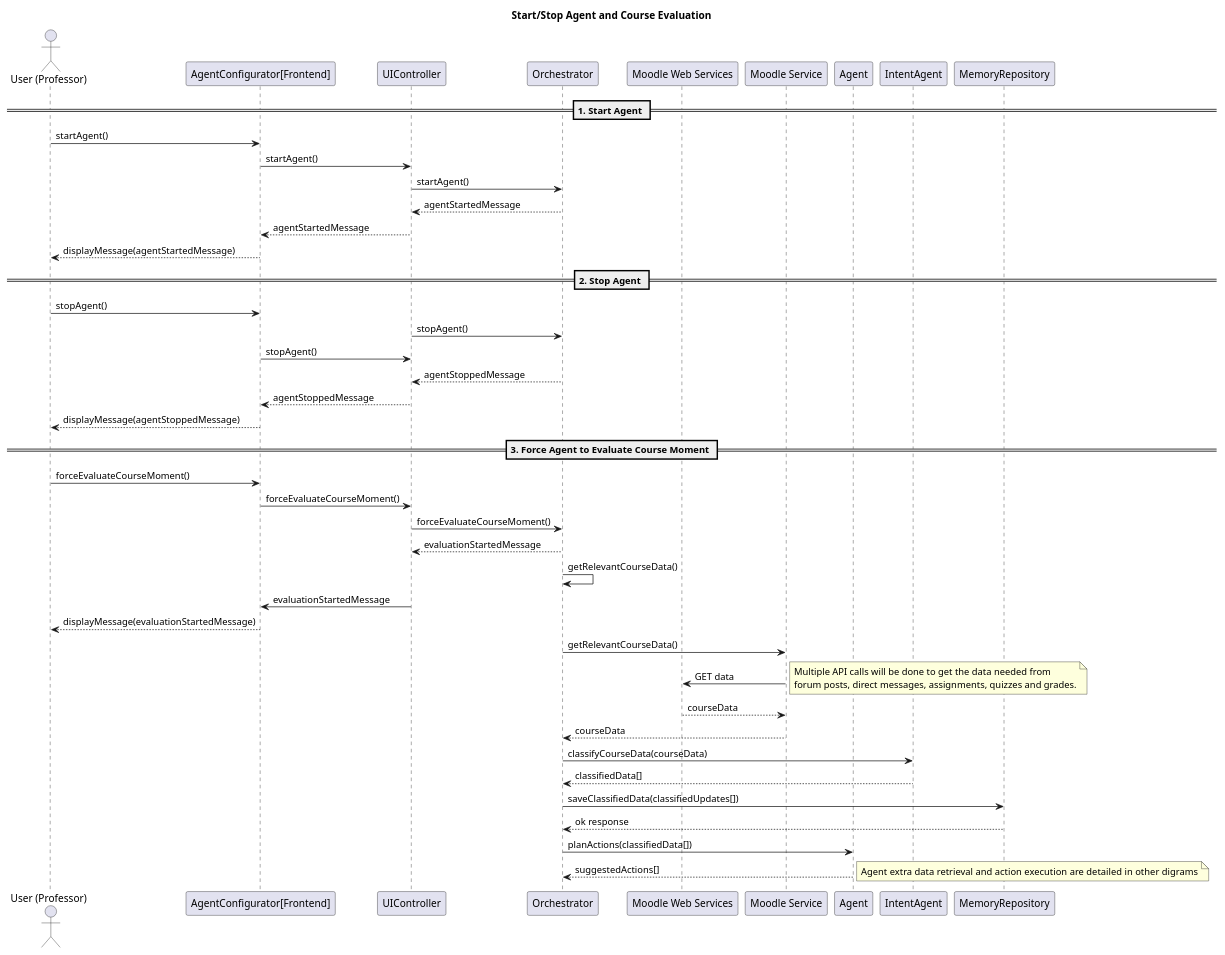
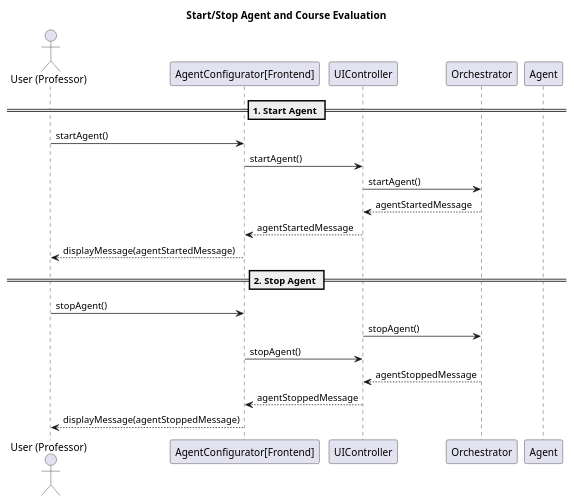
The diagram in arch/start_agent_sequence.puml (gmaragao/profAI), drawn with PlantUML before and after one commit. The commit also changed 38 other files, not shown here.

```diff
--- a/arch/start_agent_sequence.puml
+++ b/arch/start_agent_sequence.puml
@@ -1,54 +1,26 @@
 @startuml
 title Start/Stop Agent and Course Evaluation
 actor "User (Professor)" as User
 
 participant "AgentConfigurator[Frontend]" as AgentConfigurator
 participant UIController
-participant Agent
 participant Orchestrator
-participant "Moodle Web Services" as MoodleAPIService
-participant "Moodle Service" as MoodleService
 participant Agent
 
 == 1. Start Agent ==
 User -> AgentConfigurator : startAgent()
 AgentConfigurator -> UIController : startAgent()
 UIController -> Orchestrator : startAgent()
 Orchestrator --> UIController : agentStartedMessage
 UIController --> AgentConfigurator : agentStartedMessage
 AgentConfigurator --> User : displayMessage(agentStartedMessage)
 
 == 2. Stop Agent ==
 User -> AgentConfigurator : stopAgent()
 UIController -> Orchestrator : stopAgent()
 AgentConfigurator -> UIController : stopAgent()
 Orchestrator --> UIController : agentStoppedMessage
 UIController --> AgentConfigurator : agentStoppedMessage
 AgentConfigurator --> User : displayMessage(agentStoppedMessage)
-== 3. Force Agent to Evaluate Course Moment ==
-User -> AgentConfigurator : forceEvaluateCourseMoment()
-AgentConfigurator -> UIController : forceEvaluateCourseMoment()
-UIController -> Orchestrator : forceEvaluateCourseMoment()
-Orchestrator --> UIController: evaluationStartedMessage
-Orchestrator -> Orchestrator : getRelevantCourseData()
-UIController -> AgentConfigurator: evaluationStartedMessage
-AgentConfigurator --> User : displayMessage(evaluationStartedMessage)
-Orchestrator -> MoodleService : getRelevantCourseData()
-MoodleService -> MoodleAPIService : GET data
-note right
-Multiple API calls will be done to get the data needed from 
-forum posts, direct messages, assignments, quizzes and grades.
-end note
-MoodleAPIService --> MoodleService : courseData
-MoodleService --> Orchestrator : courseData
-Orchestrator -> IntentAgent : classifyCourseData(courseData)
-IntentAgent --> Orchestrator : classifiedData[]
-Orchestrator -> MemoryRepository : saveClassifiedData(classifiedUpdates[])
-MemoryRepository --> Orchestrator : ok response
-Orchestrator -> Agent : planActions(classifiedData[])
-Agent --> Orchestrator : suggestedActions[]
-note right
-Agent extra data retrieval and action execution are detailed in other digrams
-end note
 
 @enduml
```
